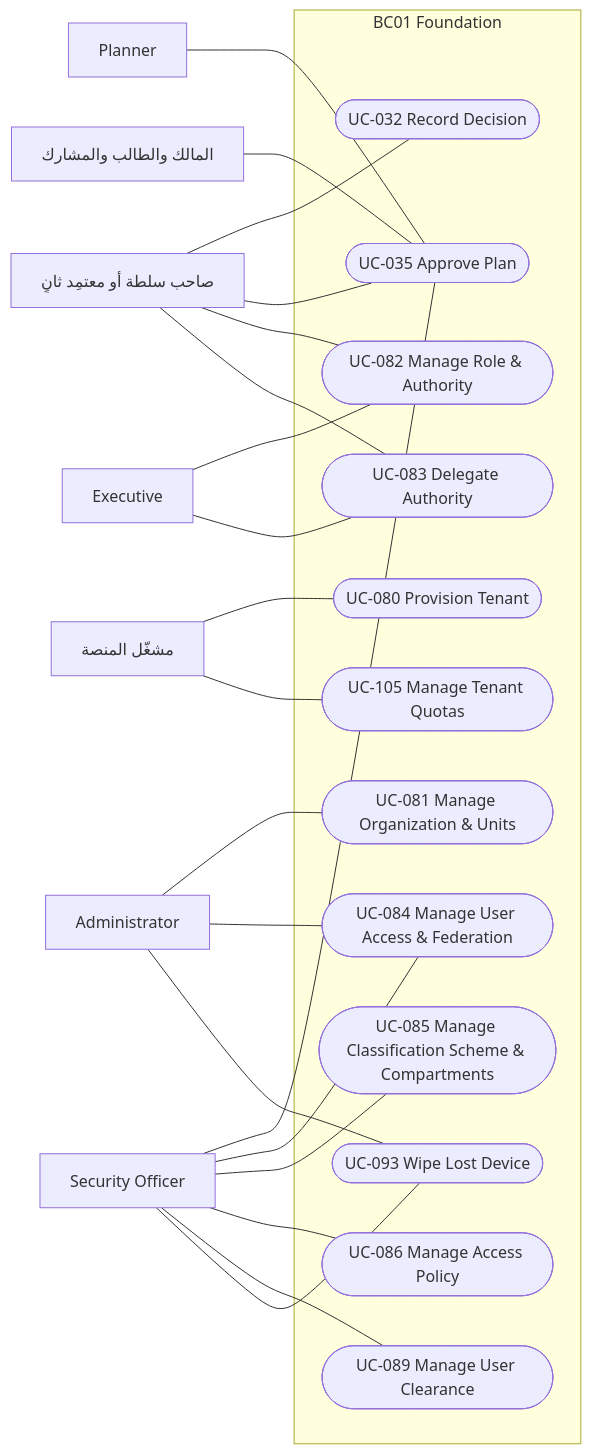
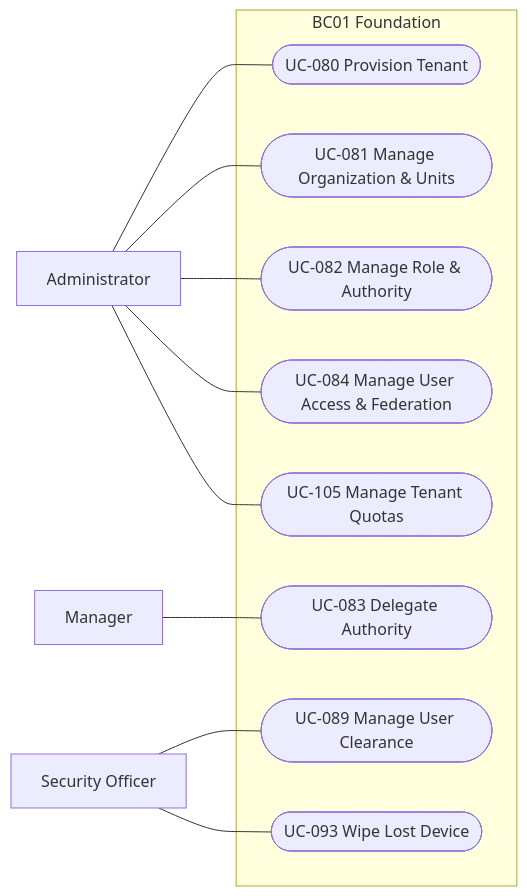
One commit to Ayoubkhattab/Planing changed the first of 8 diagrams in spec/18-analysis-design/04-use-cases.md. Above: the diagram before and after it, drawn with Mermaid. The commit also changed other lines of this file and 9 other files, not shown here.

````diff
--- a/spec/18-analysis-design/04-use-cases.md
+++ b/spec/18-analysis-design/04-use-cases.md
@@ -57,43 +57,24 @@
 ```mermaid
 flowchart LR
-  ACT_01["Executive"]
-  ACT_03["Planner"]
+  ACT_02["Manager"]
   ACT_13["Security Officer"]
   ACT_15["Administrator"]
-  AUTH_GRANT["صاحب سلطة أو معتمِد ثانٍ"]
-  PLT_OPS["مشغّل المنصة"]
-  REL_OWNER["المالك والطالب والمشارك"]
   subgraph BC01["BC01 Foundation"]
-    UC032(["UC-032 Record Decision"])
-    UC035(["UC-035 Approve Plan"])
     UC080(["UC-080 Provision Tenant"])
     UC081(["UC-081 Manage Organization & Units"])
     UC082(["UC-082 Manage Role & Authority"])
     UC083(["UC-083 Delegate Authority"])
     UC084(["UC-084 Manage User Access & Federation"])
-    UC085(["UC-085 Manage Classification Scheme & Compartments"])
-    UC086(["UC-086 Manage Access Policy"])
     UC089(["UC-089 Manage User Clearance"])
     UC093(["UC-093 Wipe Lost Device"])
     UC105(["UC-105 Manage Tenant Quotas"])
   end
-  AUTH_GRANT --- UC032
-  ACT_03 --- UC035
-  ACT_13 --- UC035
-  AUTH_GRANT --- UC035
-  REL_OWNER --- UC035
-  PLT_OPS --- UC080
+  ACT_15 --- UC080
   ACT_15 --- UC081
-  ACT_01 --- UC082
-  AUTH_GRANT --- UC082
-  ACT_01 --- UC083
-  AUTH_GRANT --- UC083
-  ACT_13 --- UC084
+  ACT_15 --- UC082
+  ACT_02 --- UC083
   ACT_15 --- UC084
-  ACT_13 --- UC085
-  ACT_13 --- UC086
   ACT_13 --- UC089
   ACT_13 --- UC093
-  ACT_15 --- UC093
-  PLT_OPS --- UC105
+  ACT_15 --- UC105
 ```
````
